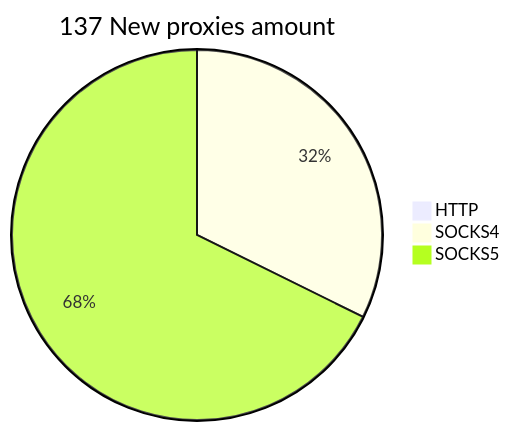
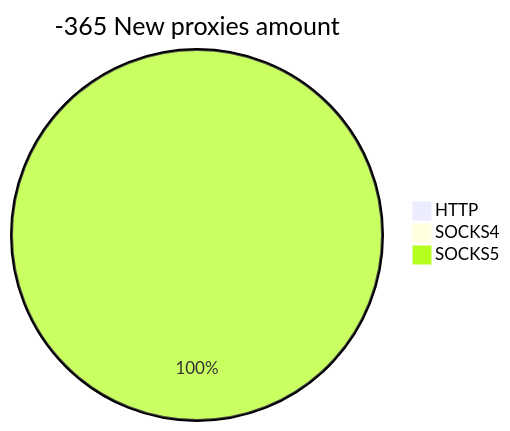
One commit to cutipu/proxylist changed the second of 2 diagrams in README.md. Above: the diagram before and after it, drawn with Mermaid. The commit also changed other lines of this file, not shown here.

````diff
--- a/README.md
+++ b/README.md
@@ -10,6 +10,6 @@
 ```mermaid
-pie title 137 New proxies amount
+pie title -365 New proxies amount
     "HTTP" : 0
-    "SOCKS4" : 144
-    "SOCKS5" : 302
+    "SOCKS4" : 0
+    "SOCKS5" : 86
 ```
````
